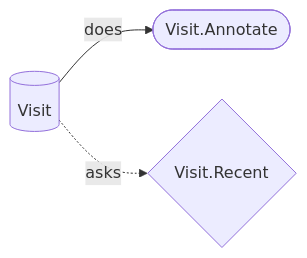
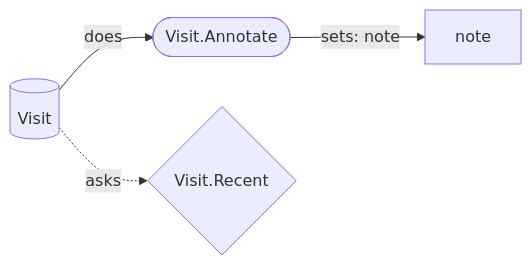
One commit to chrisyoung/hecks changed the diagram in docs/generated/diagrams/banking/Visit_surface.mmd. Above: the diagram before and after it, drawn with Mermaid. The commit also changed 16 other files, not shown here.

```diff
--- a/docs/generated/diagrams/banking/Visit_surface.mmd
+++ b/docs/generated/diagrams/banking/Visit_surface.mmd
@@ -1,5 +1,6 @@
-%% GENERATED by bin/project_diagrams from Visit's own declared commands and queries — DO NOT EDIT BY HAND.
+%% GENERATED by bin/project_diagrams from Visit's own declared commands (and what each writes) and queries — DO NOT EDIT BY HAND.
 %% Re-run `bin/project_diagrams <domain-path> Banking` after any change.
 flowchart LR
     Visit[(Visit)] -->|does| cmd_Visit_Annotate(["Visit.Annotate"])
+    cmd_Visit_Annotate(["Visit.Annotate"]) -->|"sets: note"| attr_Visit_note[note]
     Visit[(Visit)] -.->|asks| qry_Visit_Recent{"Visit.Recent"}
```
